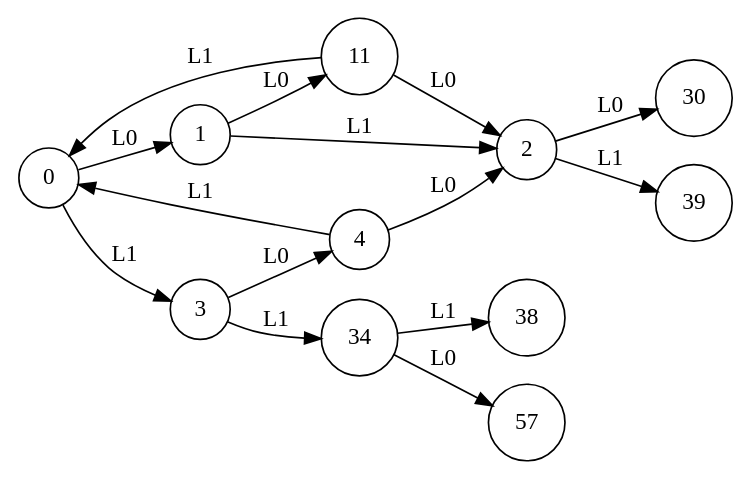
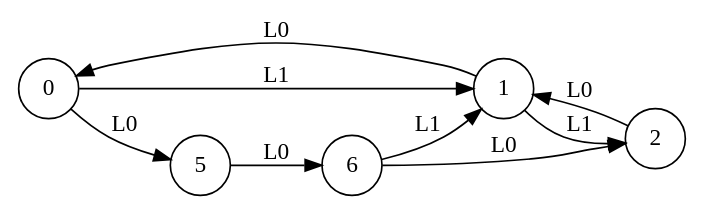
The diagram in learning_E0/learnt-automaton_5_2_2_3~4.dot (k85-ai/KB1), drawn with Graphviz before and after one commit. The commit also changed 403 other files, not shown here.

Commit message:
rerun basic edsm model and upload figure

```diff
--- a/learning_E0/learnt-automaton_5_2_2_3~4.dot
+++ b/learning_E0/learnt-automaton_5_2_2_3~4.dot
@@ -1,28 +1,16 @@
 digraph learntMachine {
   rankdir=LR;
   0 [shape=circle, label="0"];
   1 [shape=circle, label="1"];
   2 [shape=circle, label="2"];
-  3 [shape=circle, label="3"];
-  4 [shape=circle, label="4"];
-  11 [shape=circle, label="11"];
-  30 [shape=circle, label="30"];
-  34 [shape=circle, label="34"];
-  38 [shape=circle, label="38"];
-  39 [shape=circle, label="39"];
-  57 [shape=circle, label="57"];
-  0 -> 1 [label="L0"];
+  5 [shape=circle, label="5"];
+  6 [shape=circle, label="6"];
+  0 -> 1 [label="L1"];
   1 -> 2 [label="L1"];
-  0 -> 3 [label="L1"];
-  3 -> 4 [label="L0"];
-  4 -> 0 [label="L1"];
-  1 -> 11 [label="L0"];
-  11 -> 0 [label="L1"];
-  11 -> 2 [label="L0"];
-  4 -> 2 [label="L0"];
-  2 -> 30 [label="L0"];
-  3 -> 34 [label="L1"];
-  34 -> 38 [label="L1"];
-  2 -> 39 [label="L1"];
-  34 -> 57 [label="L0"];
+  2 -> 1 [label="L0"];
+  0 -> 5 [label="L0"];
+  5 -> 6 [label="L0"];
+  6 -> 1 [label="L1"];
+  1 -> 0 [label="L0"];
+  6 -> 2 [label="L0"];
 }
```
